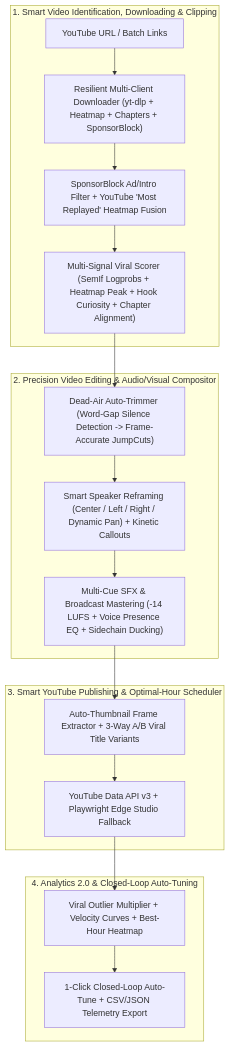
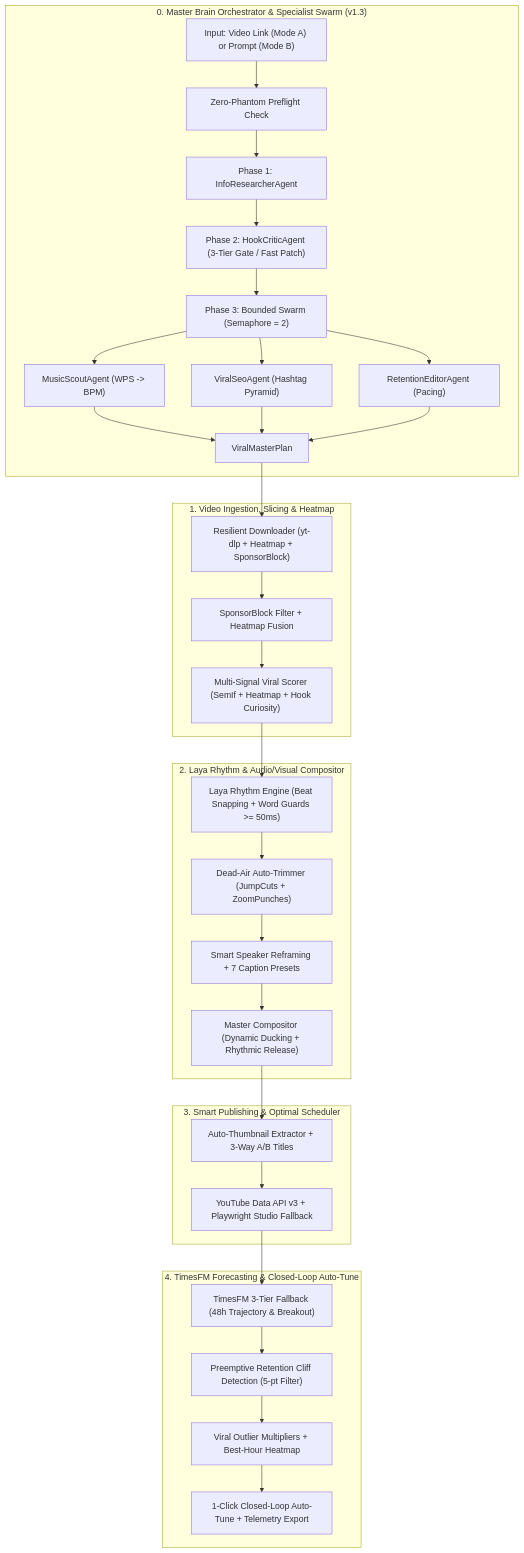
The diagram in README.md (Kivitas/YT-shorts-Automation), drawn with Mermaid before and after one commit. The commit also changed other lines of this file and 5 other files, not shown here.

````diff
--- a/README.md
+++ b/README.md
@@ -43,24 +84,38 @@
 ```mermaid
 flowchart TD
-    subgraph Discovery["1. Smart Video Identification, Downloading & Clipping"]
-        A["YouTube URL / Batch Links"] --> B["Resilient Multi-Client Downloader (yt-dlp + Heatmap + Chapters + SponsorBlock)"]
-        B --> C["SponsorBlock Ad/Intro Filter + YouTube 'Most Replayed' Heatmap Fusion"]
-        C --> D["Multi-Signal Viral Scorer (SemIf Logprobs + Heatmap Peak + Hook Curiosity + Chapter Alignment)"]
+    subgraph Brain["0. Master Brain Orchestrator & Specialist Swarm (v1.3)"]
+        In["Input: Video Link (Mode A) or Prompt (Mode B)"] --> Pre["Zero-Phantom Preflight Check"]
+        Pre --> AG1["Phase 1: InfoResearcherAgent"]
+        AG1 --> AG2["Phase 2: HookCriticAgent (3-Tier Gate / Fast Patch)"]
+        AG2 --> Swarm["Phase 3: Bounded Swarm (Semaphore = 2)"]
+        Swarm --> AG3["MusicScoutAgent (WPS -> BPM)"]
+        Swarm --> AG4["ViralSeoAgent (Hashtag Pyramid)"]
+        Swarm --> AG5["RetentionEditorAgent (Pacing)"]
+        AG3 & AG4 & AG5 --> VPlan["ViralMasterPlan"]
     end
 
-    subgraph Editing["2. Precision Video Editing & Audio/Visual Compositor"]
-        D --> E["Dead-Air Auto-Trimmer (Word-Gap Silence Detection -> Frame-Accurate JumpCuts)"]
-        E --> F["Smart Speaker Reframing (Center / Left / Right / Dynamic Pan) + Kinetic Callouts"]
-        F --> G["Multi-Cue SFX & Broadcast Mastering (-14 LUFS + Voice Presence EQ + Sidechain Ducking)"]
+    subgraph Slicing["1. Video Ingestion, Slicing & Heatmap"]
+        VPlan --> B["Resilient Downloader (yt-dlp + Heatmap + SponsorBlock)"]
+        B --> C["SponsorBlock Filter + Heatmap Fusion"]
+        C --> D["Multi-Signal Viral Scorer (SemIf + Heatmap + Hook Curiosity)"]
     end
 
-    subgraph Publishing["3. Smart YouTube Publishing & Optimal-Hour Scheduler"]
-        G --> H["Auto-Thumbnail Frame Extractor + 3-Way A/B Viral Title Variants"]
-        H --> I["YouTube Data API v3 + Playwright Edge Studio Fallback"]
+    subgraph Production["2. Laya Rhythm & Audio/Visual Compositor"]
+        D --> Rhy["Laya Rhythm Engine (Beat Snapping + Word Guards >= 50ms)"]
+        Rhy --> E["Dead-Air Auto-Trimmer (JumpCuts + ZoomPunches)"]
+        E --> F["Smart Speaker Reframing + 7 Caption Presets"]
+        F --> G["Master Compositor (Dynamic Ducking + Rhythmic Release)"]
     end
 
-    subgraph Analytics["4. Analytics 2.0 & Closed-Loop Auto-Tuning"]
-        I --> J["Viral Outlier Multiplier + Velocity Curves + Best-Hour Heatmap"]
-        J --> K["1-Click Closed-Loop Auto-Tune + CSV/JSON Telemetry Export"]
+    subgraph Publishing["3. Smart Publishing & Optimal Scheduler"]
+        G --> H["Auto-Thumbnail Extractor + 3-Way A/B Titles"]
+        H --> I["YouTube Data API v3 + Playwright Studio Fallback"]
+    end
+
+    subgraph Analytics["4. TimesFM Forecasting & Closed-Loop Auto-Tune"]
+        I --> TF["TimesFM 3-Tier Fallback (48h Trajectory & Breakout)"]
+        TF --> RC["Preemptive Retention Cliff Detection (5-pt Filter)"]
+        RC --> J["Viral Outlier Multipliers + Best-Hour Heatmap"]
+        J --> K["1-Click Closed-Loop Auto-Tune + Telemetry Export"]
     end
 ```
````
